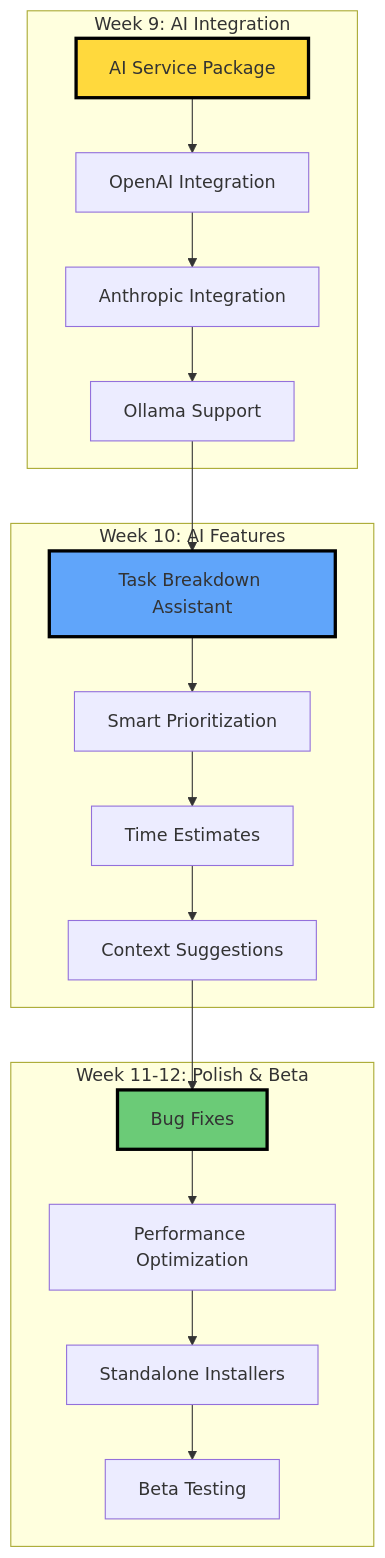
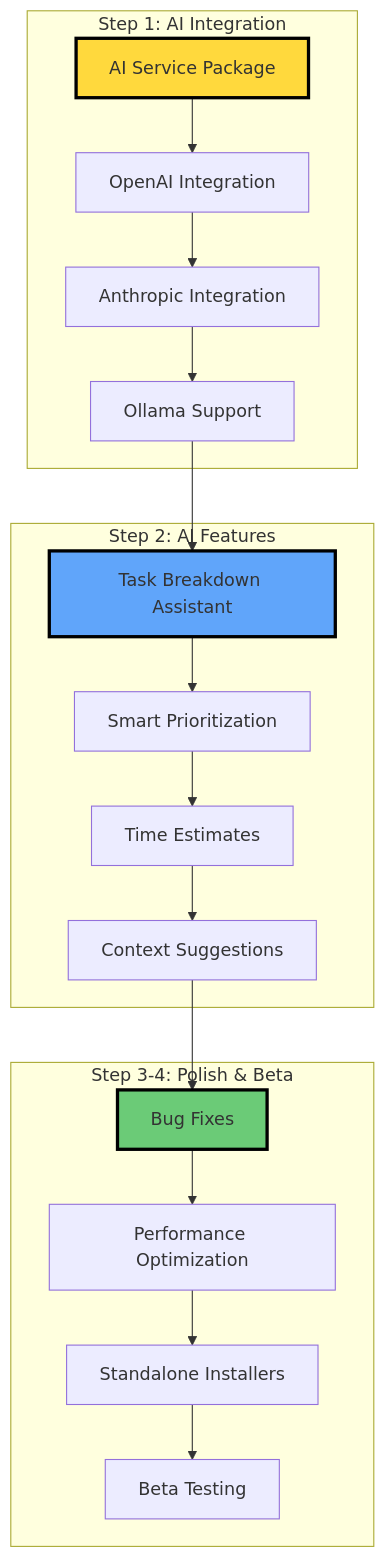
One commit to getaltair/altair changed the fourth of 6 diagrams in docs/DEVELOPMENT-ROADMAP.md. Above: the diagram before and after it, drawn with Mermaid. The commit also changed other lines of this file and 56 other files, not shown here.

````diff
--- a/docs/DEVELOPMENT-ROADMAP.md
+++ b/docs/DEVELOPMENT-ROADMAP.md
@@ -176,33 +181,33 @@
 ```mermaid
 graph TB
-    subgraph "Week 9: AI Integration"
+    subgraph "Step 1: AI Integration"
         A1[AI Service Package]
         A2[OpenAI Integration]
         A3[Anthropic Integration]
         A4[Ollama Support]
     end
 
-    subgraph "Week 10: AI Features"
+    subgraph "Step 2: AI Features"
         B1[Task Breakdown Assistant]
         B2[Smart Prioritization]
         B3[Time Estimates]
         B4[Context Suggestions]
     end
 
-    subgraph "Week 11-12: Polish & Beta"
+    subgraph "Step 3-4: Polish & Beta"
         C1[Bug Fixes]
         C2[Performance Optimization]
         C3[Standalone Installers]
         C4[Beta Testing]
     end
 
     A1 --> A2 --> A3 --> A4
     A4 --> B1
     B1 --> B2 --> B3 --> B4
     B4 --> C1
     C1 --> C2 --> C3 --> C4
 
     style A1 fill:#FFD93D,stroke:#000,stroke-width:3px
     style B1 fill:#60A5FA,stroke:#000,stroke-width:3px
     style C1 fill:#6BCB77,stroke:#000,stroke-width:3px
 ```
````
